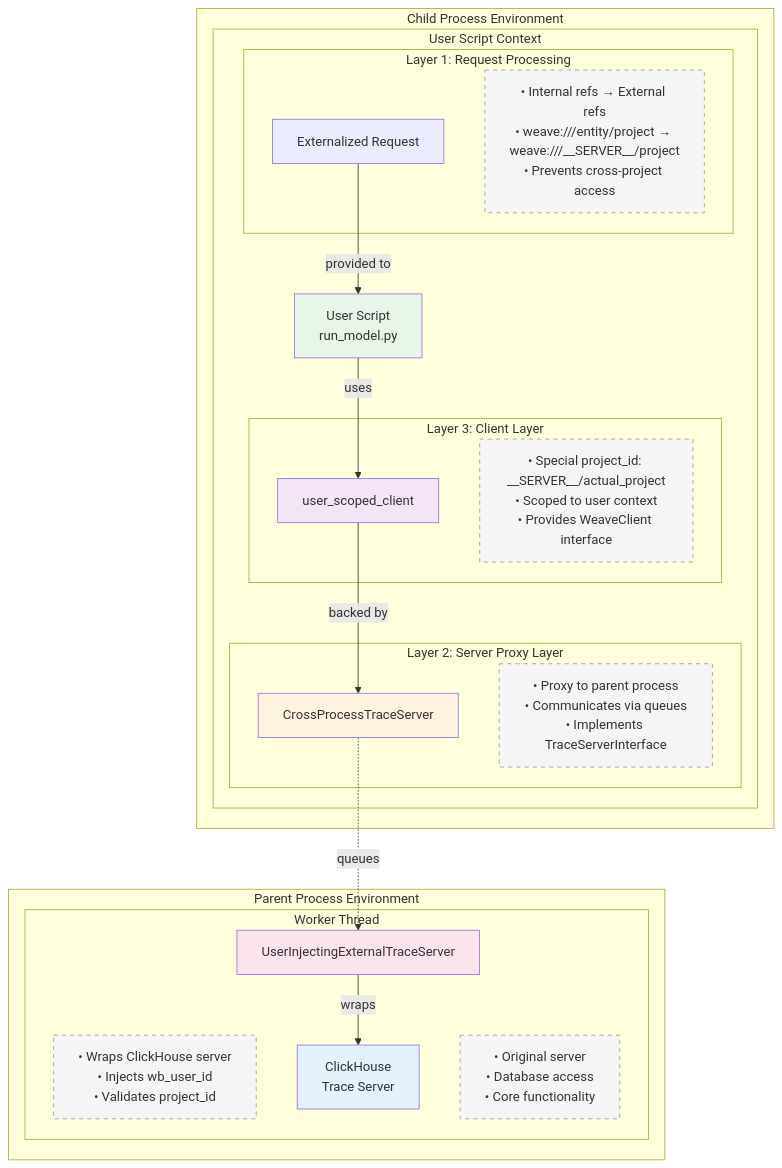
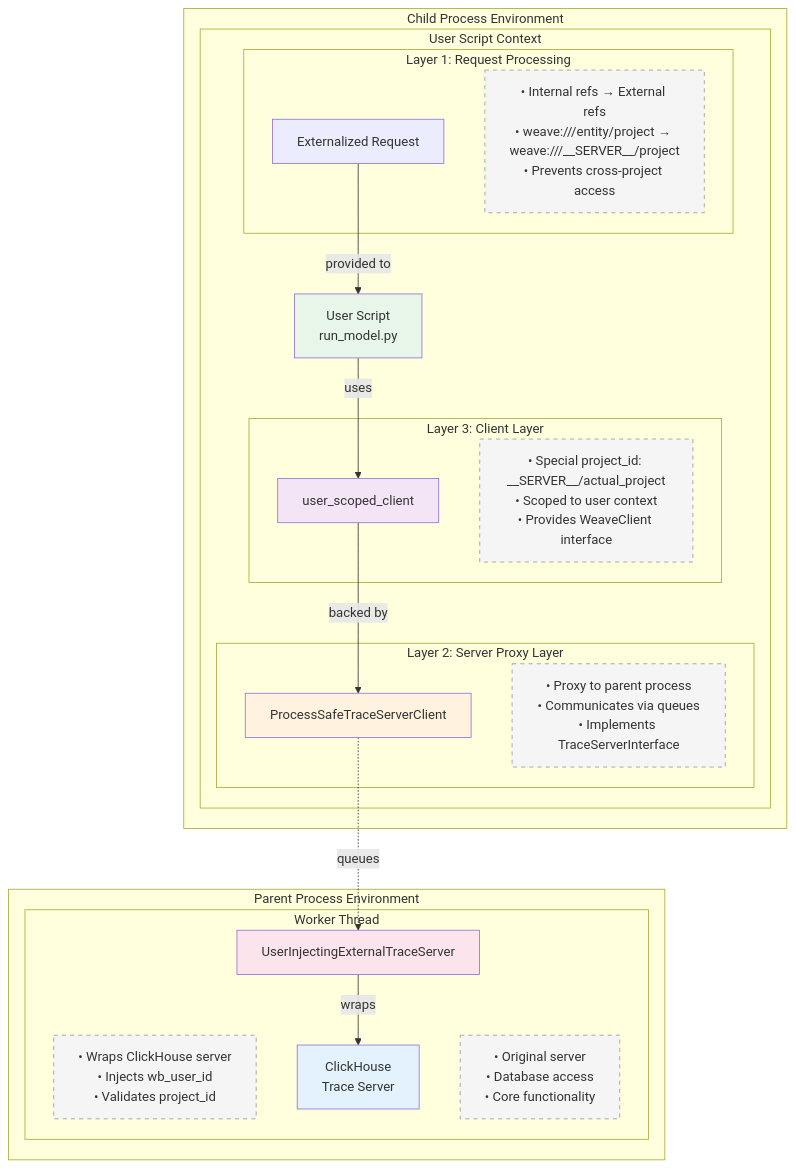
One commit to wandb/weave changed the first of 2 diagrams in weave/trace_server/execution_runner/README.md. Above: the diagram before and after it, drawn with Mermaid. The commit also changed other lines of this file and 4 other files, not shown here.

````diff
--- a/weave/trace_server/execution_runner/README.md
+++ b/weave/trace_server/execution_runner/README.md
@@ -99,52 +97,52 @@
 ```mermaid
 graph TB
     subgraph "Child Process Environment"
         subgraph "User Script Context"
             US[User Script<br/>run_model.py]
             
             subgraph "Layer 3: Client Layer"
                 USC[user_scoped_client]
                 USC_DESC["• Special project_id: __SERVER__/actual_project<br/>• Scoped to user context<br/>• Provides WeaveClient interface"]
             end
             
             subgraph "Layer 2: Server Proxy Layer"
-                CTS[CrossProcessTraceServer]
+                CTS[ProcessSafeTraceServerClient]
                 CTS_DESC["• Proxy to parent process<br/>• Communicates via queues<br/>• Implements TraceServerInterface"]
             end
             
             subgraph "Layer 1: Request Processing"
                 REQ[Externalized Request]
                 REQ_DESC["• Internal refs → External refs<br/>• weave:///entity/project → weave:///__SERVER__/project<br/>• Prevents cross-project access"]
             end
         end
     end
     
     subgraph "Parent Process Environment"
         subgraph "Worker Thread"
             ETS[UserInjectingExternalTraceServer]
             ETS_DESC["• Wraps ClickHouse server<br/>• Injects wb_user_id<br/>• Validates project_id"]
             
             CH[ClickHouse<br/>Trace Server]
             CH_DESC["• Original server<br/>• Database access<br/>• Core functionality"]
         end
     end
     
     %% Connections
     US -->|uses| USC
     USC -->|backed by| CTS
     CTS -.->|queues| ETS
     ETS -->|wraps| CH
     
     %% Request flow
     REQ -->|provided to| US
     
     %% Styling
     style US fill:#e8f5e9
     style USC fill:#f3e5f5
     style CTS fill:#fff3e0
     style ETS fill:#fce4ec
     style CH fill:#e3f2fd
     
     classDef descBox fill:#f5f5f5,stroke:#999,stroke-width:1px,stroke-dasharray:5,5
     class USC_DESC,CTS_DESC,REQ_DESC,ETS_DESC,CH_DESC descBox
 ```
````
